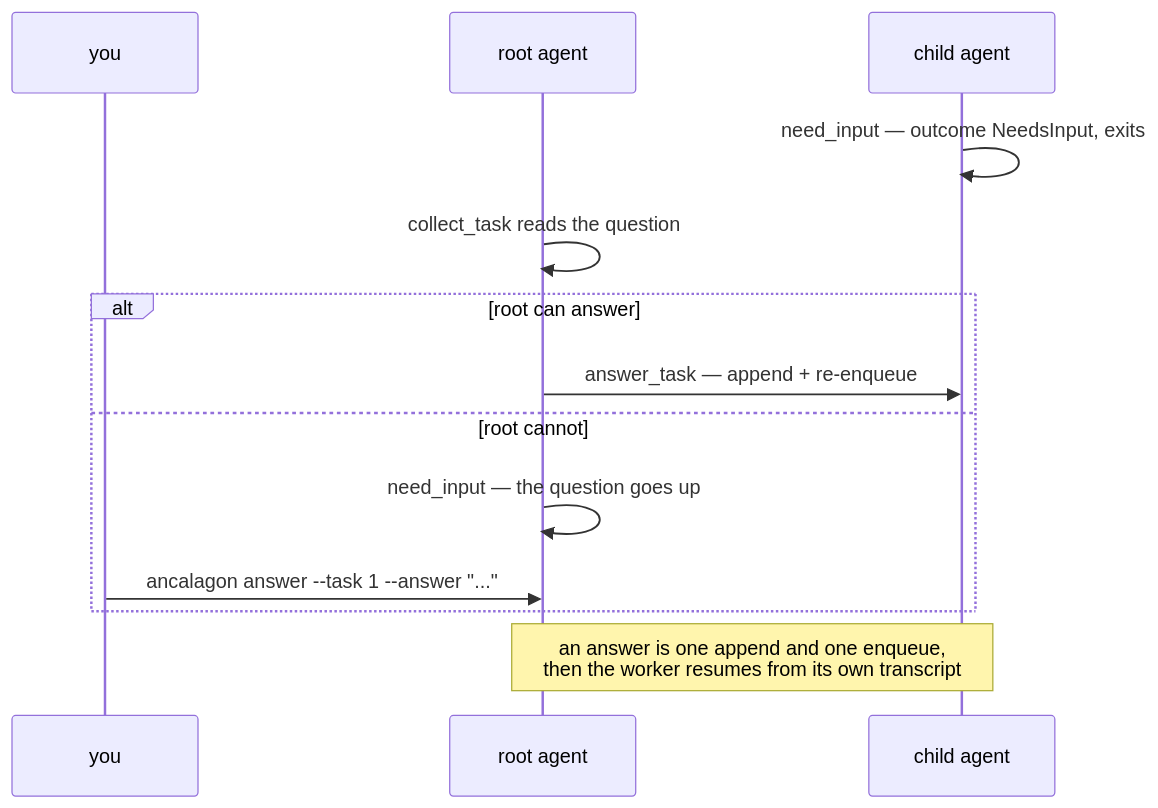
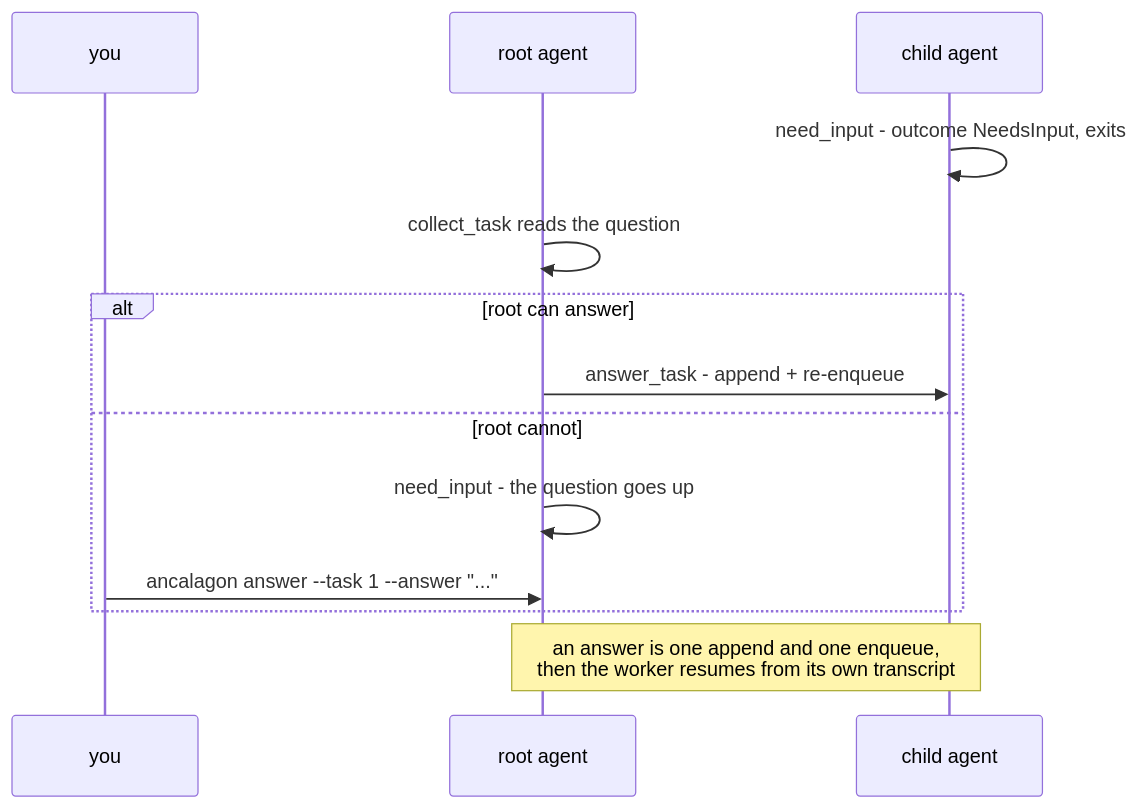
One commit to avishek-sen-gupta/ancalagon changed the fifth of 7 diagrams in README.md. Above: the diagram before and after it, drawn with Mermaid. The commit also changed other lines of this file, not shown here.

````diff
--- a/README.md
+++ b/README.md
@@ -203,16 +203,16 @@
 ```mermaid
 sequenceDiagram
     participant H as you
     participant R as root agent
     participant C as child agent
 
-    C->>C: need_input — outcome NeedsInput, exits
+    C->>C: need_input - outcome NeedsInput, exits
     R->>R: collect_task reads the question
     alt root can answer
-        R->>C: answer_task — append + re-enqueue
+        R->>C: answer_task - append + re-enqueue
     else root cannot
-        R->>R: need_input — the question goes up
+        R->>R: need_input - the question goes up
         H->>R: ancalagon answer --task 1 --answer "..."
     end
     Note over R,C: an answer is one append and one enqueue,<br/>then the worker resumes from its own transcript
 ```
````
